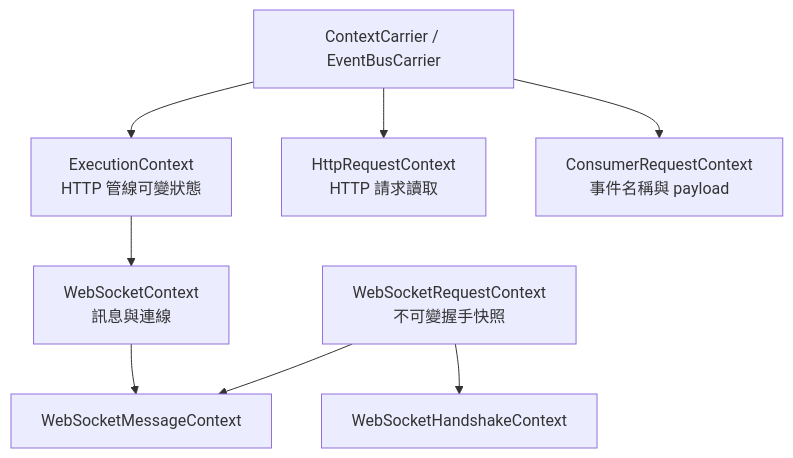
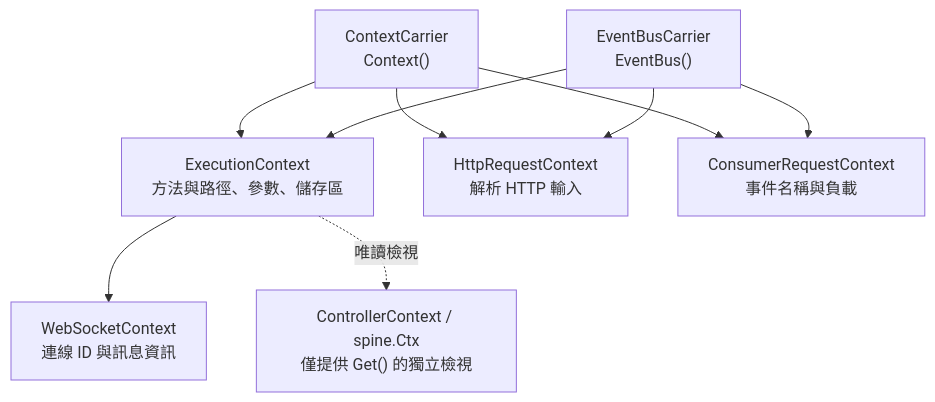
One commit to NARUBROWN/spine-site changed the diagram in docs/zh-Hant/learn/core-concepts/execution-context.md. Above: the diagram before and after it, drawn with Mermaid. The commit also changed other lines of this file and 158 other files, not shown here.

````diff
--- a/docs/zh-Hant/learn/core-concepts/execution-context.md
+++ b/docs/zh-Hant/learn/core-concepts/execution-context.md
@@ -5,18 +31,19 @@
 ```mermaid
 graph TD
-    Carrier["ContextCarrier / EventBusCarrier"]
-    Exec["ExecutionContext\nHTTP 管線可變狀態"]
-    HTTP["HttpRequestContext\nHTTP 請求讀取"]
-    Consumer["ConsumerRequestContext\n事件名稱與 payload"]
-    WS["WebSocketContext\n訊息與連線"]
-    WSReq["WebSocketRequestContext\n不可變握手快照"]
-    Handshake["WebSocketHandshakeContext"]
-    Message["WebSocketMessageContext"]
-    Carrier --> Exec
-    Carrier --> HTTP
-    Carrier --> Consumer
-    Exec --> WS
-    WSReq --> Handshake
-    WS --> Message
-    WSReq --> Message
+    Base["ContextCarrier<br>Context()"]
+    Bus["EventBusCarrier<br>EventBus()"]
+    Execution["ExecutionContext<br>方法與路徑、參數、儲存區"]
+    HTTP["HttpRequestContext<br>解析 HTTP 輸入"]
+    Consumer["ConsumerRequestContext<br>事件名稱與負載"]
+    WS["WebSocketContext<br>連線 ID 與訊息資訊"]
+    View["ControllerContext / spine.Ctx<br>僅提供 Get() 的獨立檢視"]
+
+    Base --> Execution
+    Bus --> Execution
+    Base --> HTTP
+    Bus --> HTTP
+    Base --> Consumer
+    Bus --> Consumer
+    Execution --> WS
+    Execution -. 唯讀檢視 .-> View
 ```
````
